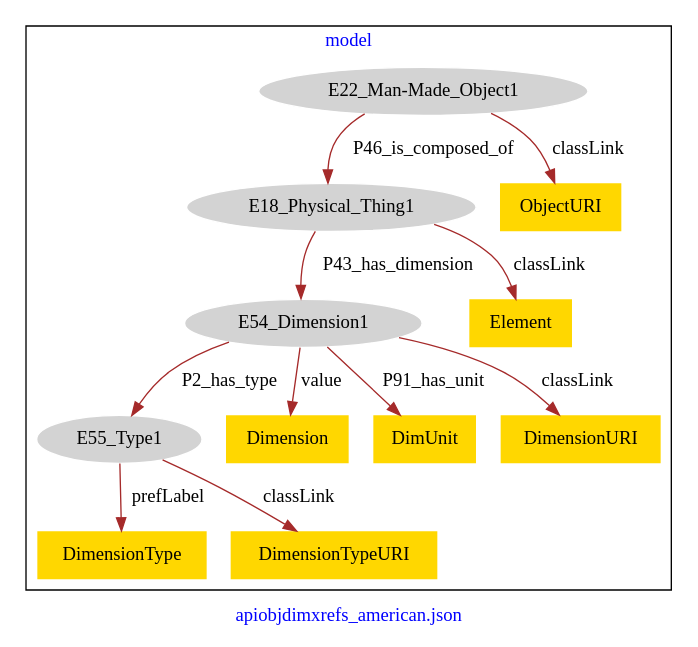
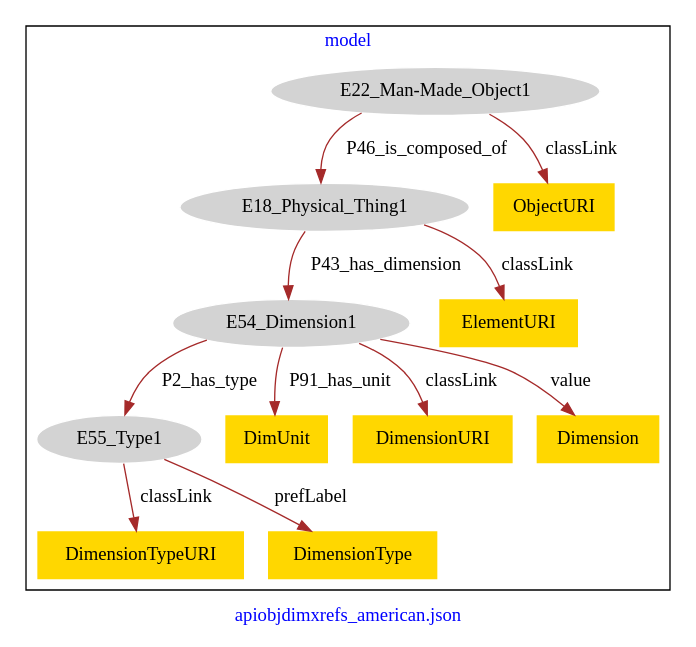
One commit to american-art/PUAM changed the diagram in apiobjdimxrefs_american/apiobjdimxrefs_american-model.dot. Above: the diagram before and after it, drawn with Graphviz.

Commit message:
Update file apiobjdimxrefs_american-model.dot

```diff
--- a/apiobjdimxrefs_american/apiobjdimxrefs_american-model.dot
+++ b/apiobjdimxrefs_american/apiobjdimxrefs_american-model.dot
@@ -1,29 +1,29 @@
 digraph n0 {
 fontcolor="blue"
 remincross="true"
 label="apiobjdimxrefs_american.json"
 subgraph cluster {
 label="model"
 n2[style="filled",color="white",fillcolor="lightgray",label="E18_Physical_Thing1"];
 n3[style="filled",color="white",fillcolor="lightgray",label="E54_Dimension1"];
 n4[style="filled",color="white",fillcolor="lightgray",label="E22_Man-Made_Object1"];
 n5[style="filled",color="white",fillcolor="lightgray",label="E55_Type1"];
-n6[shape="plaintext",style="filled",fillcolor="gold",label="Dimension"];
-n7[shape="plaintext",style="filled",fillcolor="gold",label="DimUnit"];
-n8[shape="plaintext",style="filled",fillcolor="gold",label="DimensionType"];
-n9[shape="plaintext",style="filled",fillcolor="gold",label="DimensionURI"];
-n10[shape="plaintext",style="filled",fillcolor="gold",label="Element"];
-n11[shape="plaintext",style="filled",fillcolor="gold",label="DimensionTypeURI"];
-n12[shape="plaintext",style="filled",fillcolor="gold",label="ObjectURI"];
+n6[shape="plaintext",style="filled",fillcolor="gold",label="DimUnit"];
+n7[shape="plaintext",style="filled",fillcolor="gold",label="DimensionTypeURI"];
+n8[shape="plaintext",style="filled",fillcolor="gold",label="DimensionURI"];
+n9[shape="plaintext",style="filled",fillcolor="gold",label="ElementURI"];
+n10[shape="plaintext",style="filled",fillcolor="gold",label="ObjectURI"];
+n11[shape="plaintext",style="filled",fillcolor="gold",label="Dimension"];
+n12[shape="plaintext",style="filled",fillcolor="gold",label="DimensionType"];
 }
 n2 -> n3[color="brown",fontcolor="black",label="P43_has_dimension"]
 n4 -> n2[color="brown",fontcolor="black",label="P46_is_composed_of"]
 n3 -> n5[color="brown",fontcolor="black",label="P2_has_type"]
-n3 -> n6[color="brown",fontcolor="black",label="value"]
-n3 -> n7[color="brown",fontcolor="black",label="P91_has_unit"]
-n5 -> n8[color="brown",fontcolor="black",label="prefLabel"]
-n3 -> n9[color="brown",fontcolor="black",label="classLink"]
-n2 -> n10[color="brown",fontcolor="black",label="classLink"]
-n5 -> n11[color="brown",fontcolor="black",label="classLink"]
-n4 -> n12[color="brown",fontcolor="black",label="classLink"]
+n3 -> n6[color="brown",fontcolor="black",label="P91_has_unit"]
+n5 -> n7[color="brown",fontcolor="black",label="classLink"]
+n3 -> n8[color="brown",fontcolor="black",label="classLink"]
+n2 -> n9[color="brown",fontcolor="black",label="classLink"]
+n4 -> n10[color="brown",fontcolor="black",label="classLink"]
+n3 -> n11[color="brown",fontcolor="black",label="value"]
+n5 -> n12[color="brown",fontcolor="black",label="prefLabel"]
 }
```
